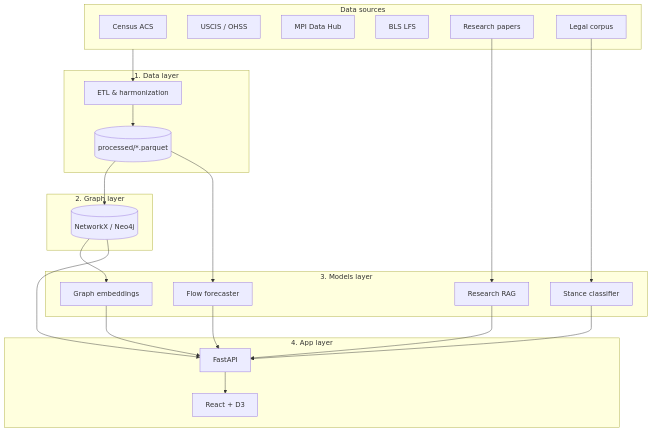
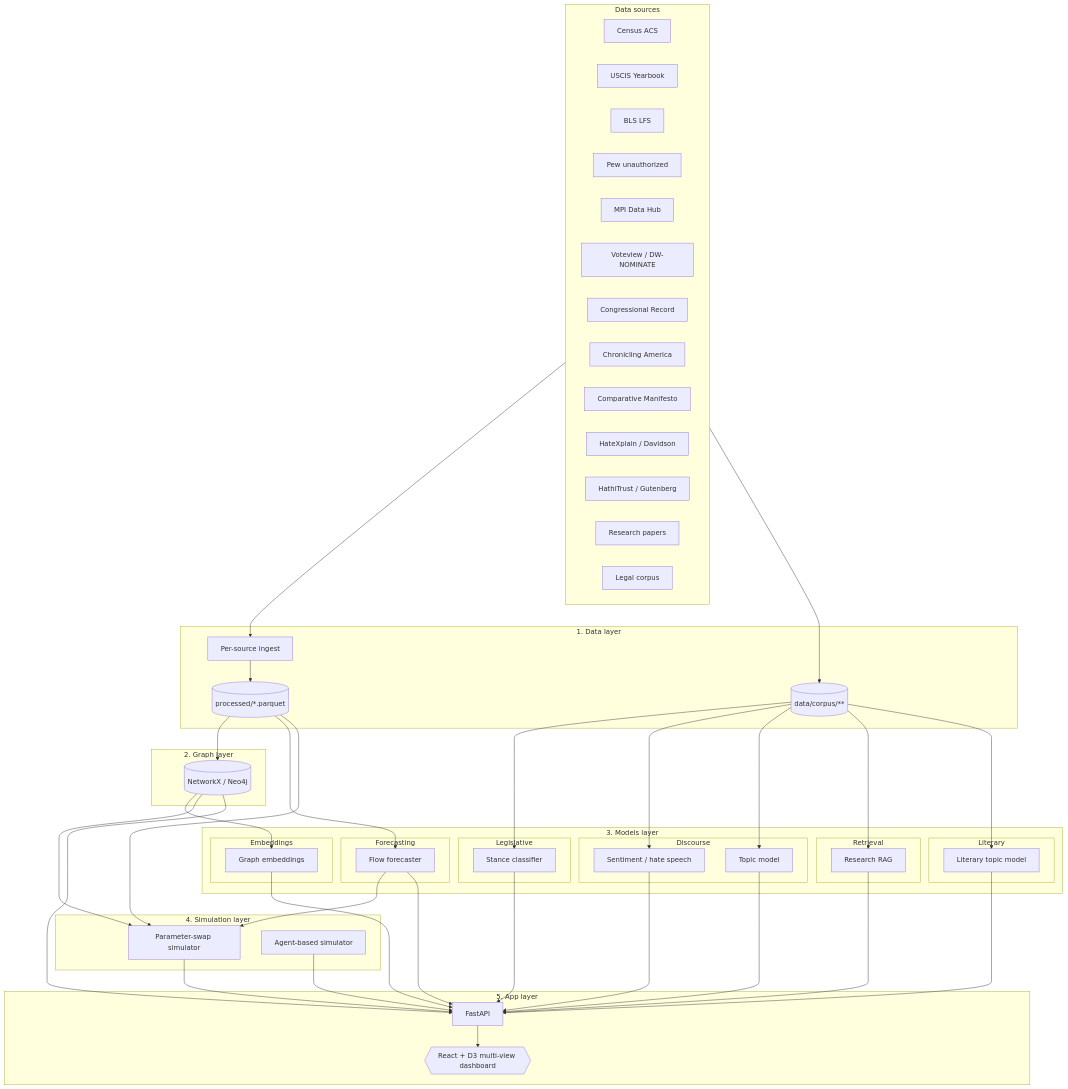
Before and after one commit to ujjawal40/migration-atlas: the diagram in docs/architecture.md, drawn with Mermaid. The commit also changed other lines of this file and 28 other files, not shown here.

````diff
--- a/docs/architecture.md
+++ b/docs/architecture.md
@@ -8,16 +12,24 @@
 flowchart TB
     subgraph Sources [Data sources]
         ACS[Census ACS]
-        USCIS[USCIS / OHSS]
+        USCIS[USCIS Yearbook]
+        BLS[BLS LFS]
+        Pew[Pew unauthorized]
         MPI[MPI Data Hub]
-        BLS[BLS LFS]
+        Voteview[Voteview / DW-NOMINATE]
+        Hansard[Congressional Record]
+        Newspapers[Chronicling America]
+        Manifesto[Comparative Manifesto]
+        HateSpeech[HateXplain / Davidson]
+        Literature[HathiTrust / Gutenberg]
         Papers[Research papers]
         Laws[Legal corpus]
     end
 
     subgraph DataLayer [1. Data layer]
-        ETL[ETL & harmonization]
+        Sources_ETL[Per-source ingest]
         Parquet[(processed/*.parquet)]
+        Corpus[(data/corpus/**)]
     end
 
     subgraph GraphLayer [2. Graph layer]
@@ -25,26 +37,58 @@
     end
 
     subgraph ModelsLayer [3. Models layer]
-        Stance[Stance classifier]
-        RAG[Research RAG]
-        Forecast[Flow forecaster]
-        Embed[Graph embeddings]
+        subgraph Legislative
+            Stance[Stance classifier]
+        end
+        subgraph Discourse
+            Sentiment[Sentiment / hate speech]
+            Topic[Topic model]
+        end
+        subgraph Forecasting
+            Forecast[Flow forecaster]
+        end
+        subgraph Embeddings
+            Embed[Graph embeddings]
+        end
+        subgraph Retrieval
+            RAG[Research RAG]
+        end
+        subgraph Literary
+            LitTopic[Literary topic model]
+        end
     end
 
-    subgraph AppLayer [4. App layer]
-        API[FastAPI]
-        UI[React + D3]
+    subgraph SimLayer [4. Simulation layer]
+        ParamSwap[Parameter-swap simulator]
+        Agents[Agent-based simulator]
     end
 
-    Sources --> ETL --> Parquet --> Graph
+    subgraph AppLayer [5. App layer]
+        API[FastAPI]
+        UI{{React + D3 multi-view dashboard}}
+    end
+
+    Sources --> Sources_ETL --> Parquet --> Graph
+    Sources --> Corpus
     Parquet --> Forecast
-    Papers --> RAG
-    Laws --> Stance
+    Corpus --> Stance
+    Corpus --> Sentiment
+    Corpus --> Topic
+    Corpus --> RAG
+    Corpus --> LitTopic
     Graph --> Embed
+    Graph --> ParamSwap
+    Parquet --> ParamSwap
+    Forecast --> ParamSwap
     Graph --> API
     Stance --> API
-    RAG --> API
+    Sentiment --> API
+    Topic --> API
     Forecast --> API
     Embed --> API
+    RAG --> API
+    LitTopic --> API
+    ParamSwap --> API
+    Agents --> API
     API --> UI
 ```
````
